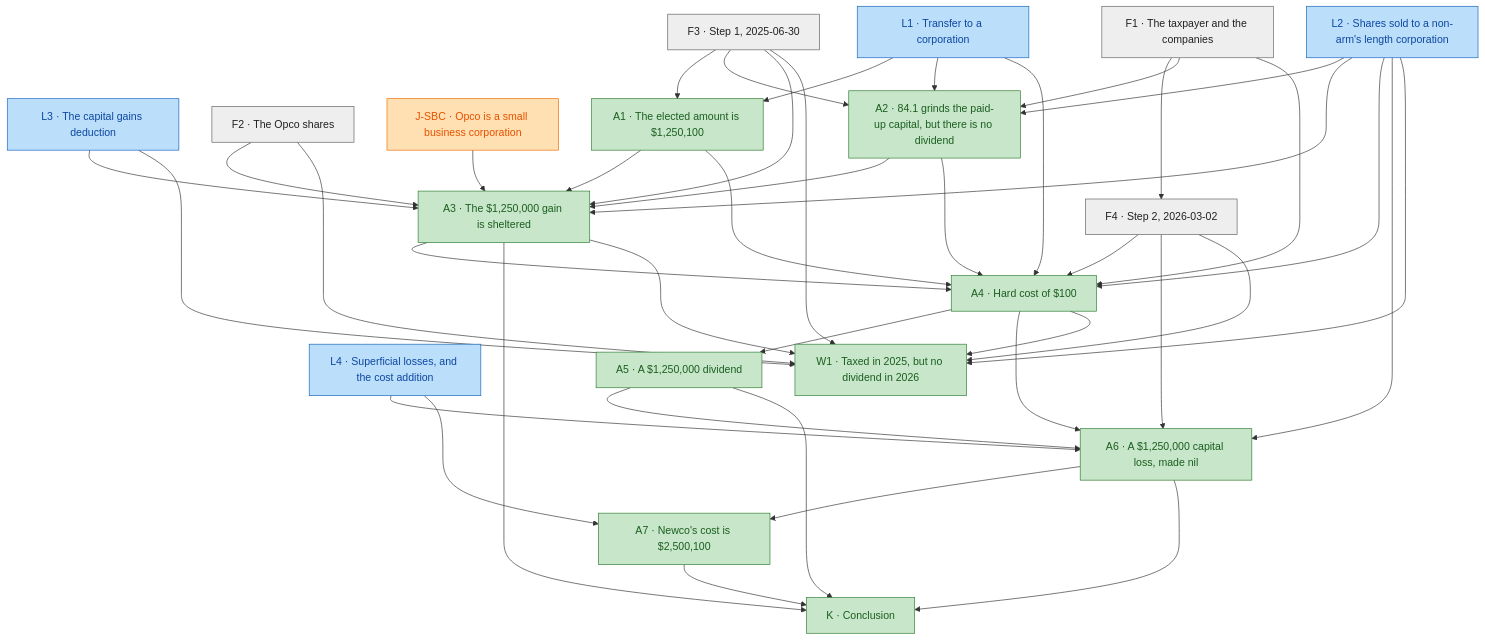
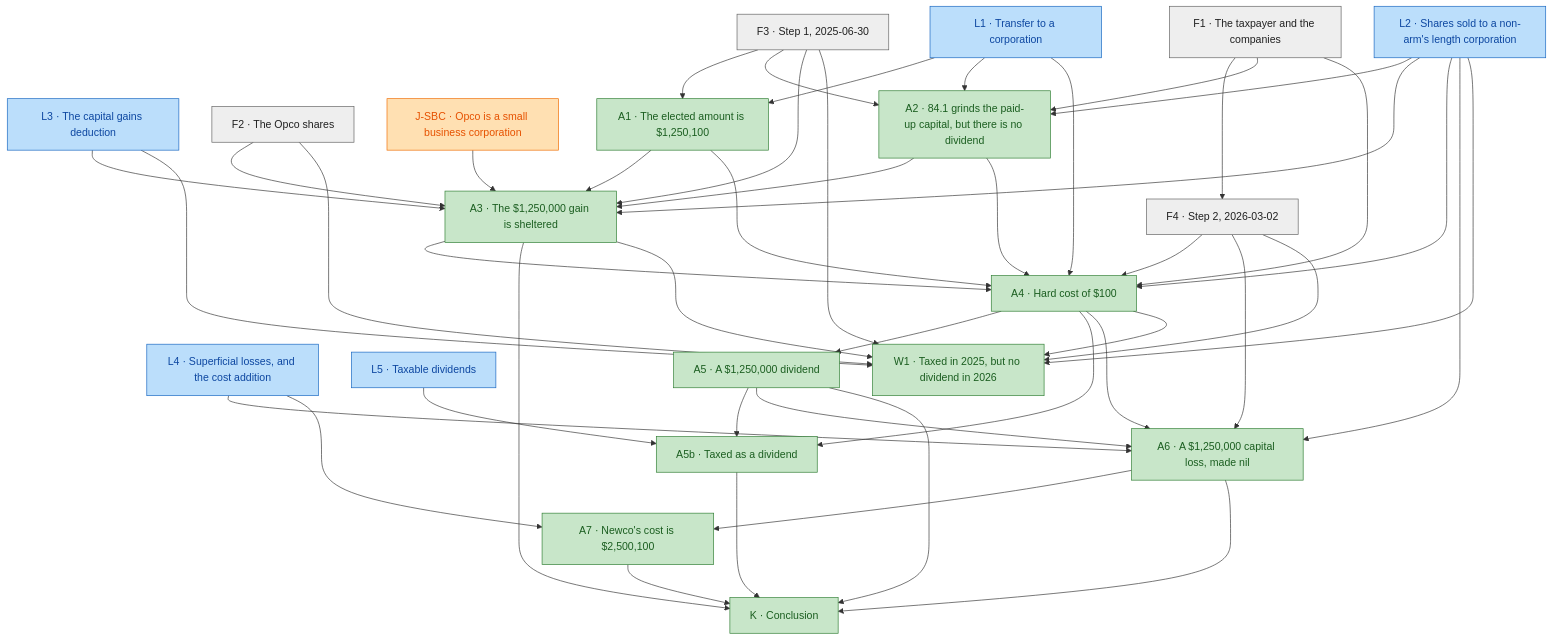
The first of 4 diagrams in docs/blueprint/crystallization.md (SeanWMurray/Canteen), drawn with Mermaid before and after one commit. The commit also changed other lines of this file and 17 other files, not shown here.

First line of the commit message:
Encode taxable dividends: 82(1) and section 121

````diff
--- a/docs/blueprint/crystallization.md
+++ b/docs/blueprint/crystallization.md
@@ -17,67 +17,73 @@
 ```mermaid
 graph TD
   n0["L1 · Transfer to a corporation"]:::encoded
   n1["L2 · Shares sold to a non-arm's length corporation"]:::encoded
   n2["L3 · The capital gains deduction"]:::encoded
   n3["L4 · Superficial losses, and the cost addition"]:::encoded
-  n4["F1 · The taxpayer and the companies"]:::fact
-  n5["F2 · The Opco shares"]:::fact
-  n6["F3 · Step 1, 2025-06-30"]:::fact
-  n7["F4 · Step 2, 2026-03-02"]:::fact
-  n8["J-SBC · Opco is a small business corporation"]:::judgment
-  n9["A1 · The elected amount is $1,250,100"]:::proven
-  n10["A2 · 84.1 grinds the paid-up capital, but there is no dividend"]:::proven
-  n11["A3 · The $1,250,000 gain is sheltered"]:::proven
-  n12["A4 · Hard cost of $100"]:::proven
-  n13["A5 · A $1,250,000 dividend"]:::proven
-  n14["A6 · A $1,250,000 capital loss, made nil"]:::proven
-  n15["A7 · Newco's cost is $2,500,100"]:::proven
-  n16["K · Conclusion"]:::proven
-  n17["W1 · Taxed in 2025, but no dividend in 2026"]:::proven
-  n4 --> n7
-  n6 --> n9
-  n0 --> n9
-  n4 --> n10
-  n6 --> n10
+  n4["L5 · Taxable dividends"]:::encoded
+  n5["F1 · The taxpayer and the companies"]:::fact
+  n6["F2 · The Opco shares"]:::fact
+  n7["F3 · Step 1, 2025-06-30"]:::fact
+  n8["F4 · Step 2, 2026-03-02"]:::fact
+  n9["J-SBC · Opco is a small business corporation"]:::judgment
+  n10["A1 · The elected amount is $1,250,100"]:::proven
+  n11["A2 · 84.1 grinds the paid-up capital, but there is no dividend"]:::proven
+  n12["A3 · The $1,250,000 gain is sheltered"]:::proven
+  n13["A4 · Hard cost of $100"]:::proven
+  n14["A5 · A $1,250,000 dividend"]:::proven
+  n15["A5b · Taxed as a dividend"]:::proven
+  n16["A6 · A $1,250,000 capital loss, made nil"]:::proven
+  n17["A7 · Newco's cost is $2,500,100"]:::proven
+  n18["K · Conclusion"]:::proven
+  n19["W1 · Taxed in 2025, but no dividend in 2026"]:::proven
+  n5 --> n8
+  n7 --> n10
   n0 --> n10
-  n1 --> n10
   n5 --> n11
-  n6 --> n11
-  n8 --> n11
+  n7 --> n11
+  n0 --> n11
   n1 --> n11
-  n2 --> n11
-  n9 --> n11
-  n10 --> n11
+  n6 --> n12
+  n7 --> n12
   n9 --> n12
+  n1 --> n12
+  n2 --> n12
   n10 --> n12
   n11 --> n12
-  n4 --> n12
-  n7 --> n12
-  n0 --> n12
-  n1 --> n12
+  n10 --> n13
+  n11 --> n13
   n12 --> n13
-  n12 --> n14
+  n5 --> n13
+  n8 --> n13
+  n0 --> n13
+  n1 --> n13
   n13 --> n14
-  n7 --> n14
-  n1 --> n14
-  n3 --> n14
+  n13 --> n15
   n14 --> n15
-  n3 --> n15
-  n11 --> n16
+  n4 --> n15
   n13 --> n16
   n14 --> n16
-  n15 --> n16
-  n11 --> n17
-  n12 --> n17
-  n5 --> n17
-  n6 --> n17
-  n7 --> n17
-  n1 --> n17
-  n2 --> n17
+  n8 --> n16
+  n1 --> n16
+  n3 --> n16
+  n16 --> n17
+  n3 --> n17
+  n12 --> n18
+  n14 --> n18
+  n15 --> n18
+  n16 --> n18
+  n17 --> n18
+  n12 --> n19
+  n13 --> n19
+  n6 --> n19
+  n7 --> n19
+  n8 --> n19
+  n1 --> n19
+  n2 --> n19
   classDef proven fill:#c8e6c9,stroke:#2e7d32,color:#1b5e20
   classDef encoded fill:#bbdefb,stroke:#1565c0,color:#0d47a1
   classDef fact fill:#eeeeee,stroke:#616161,color:#212121
   classDef judgment fill:#ffe0b2,stroke:#ef6c00,color:#e65100
   classDef notFormalized fill:#ffffff,stroke:#c62828,color:#b71c1c,stroke-dasharray:5 5
   classDef unproven fill:#ffcdd2,stroke:#c62828,color:#b71c1c
 ```
````
